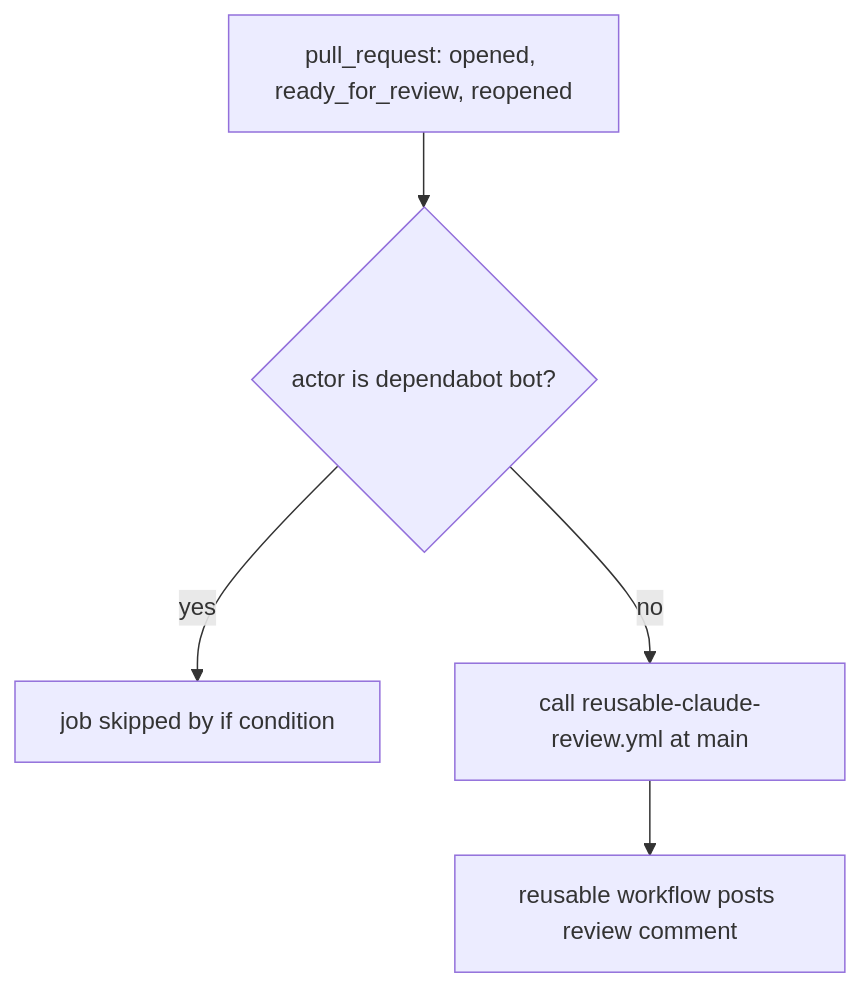
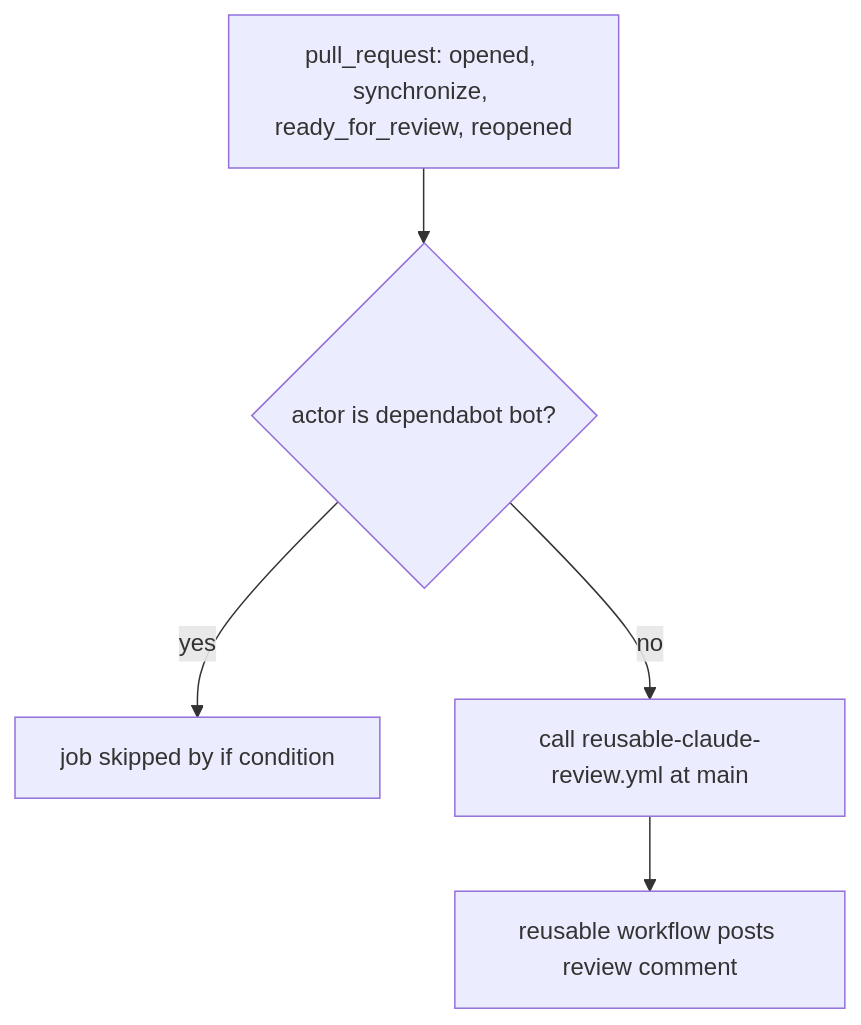
The diagram in openwiki/operations/claude-review-workflow.md (psd401/claude-auto-approve), drawn with Mermaid before and after one commit. The commit also changed other lines of this file and 4 other files, not shown here.

````diff
--- a/openwiki/operations/claude-review-workflow.md
+++ b/openwiki/operations/claude-review-workflow.md
@@ -33,7 +33,7 @@
 ```mermaid
 flowchart TD
-  A["pull_request: opened, ready_for_review, reopened"] --> B{"actor is dependabot bot?"}
+  A["pull_request: opened, synchronize, ready_for_review, reopened"] --> B{"actor is dependabot bot?"}
   B -- yes --> C["job skipped by if condition"]
   B -- no --> D["call reusable-claude-review.yml at main"]
   D --> E["reusable workflow posts review comment"]
 ```
````
